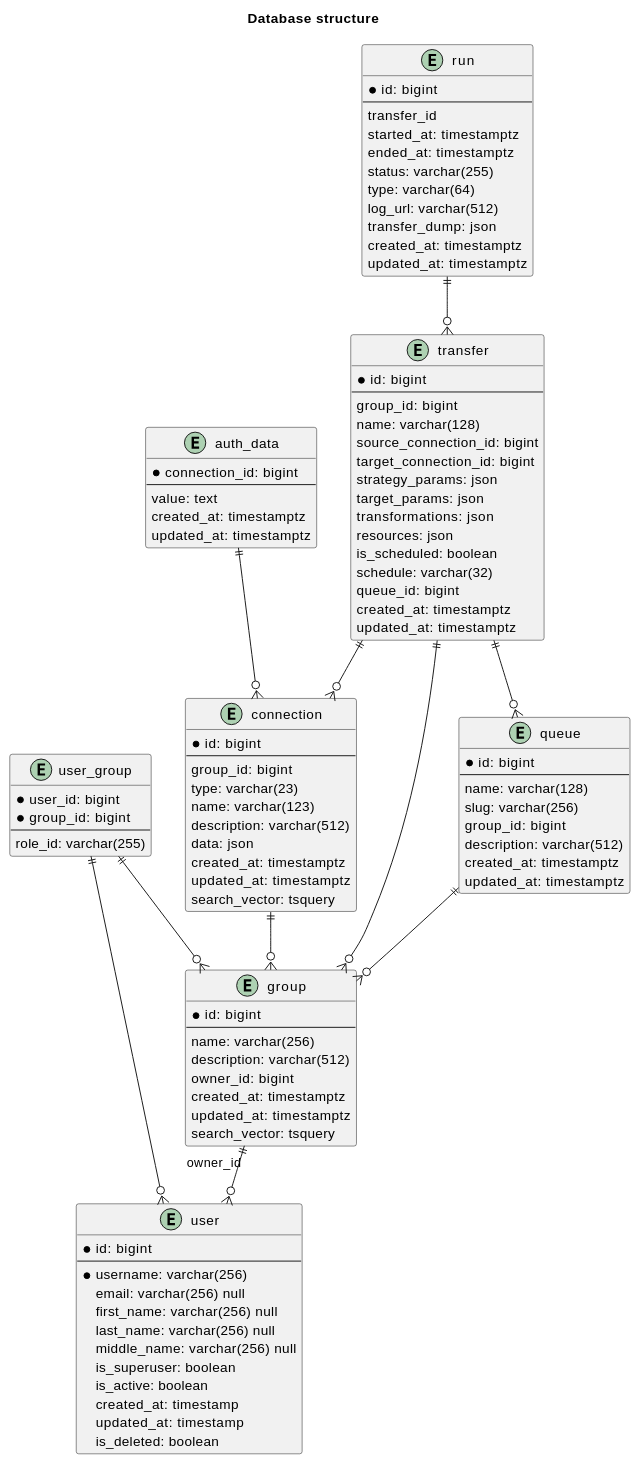
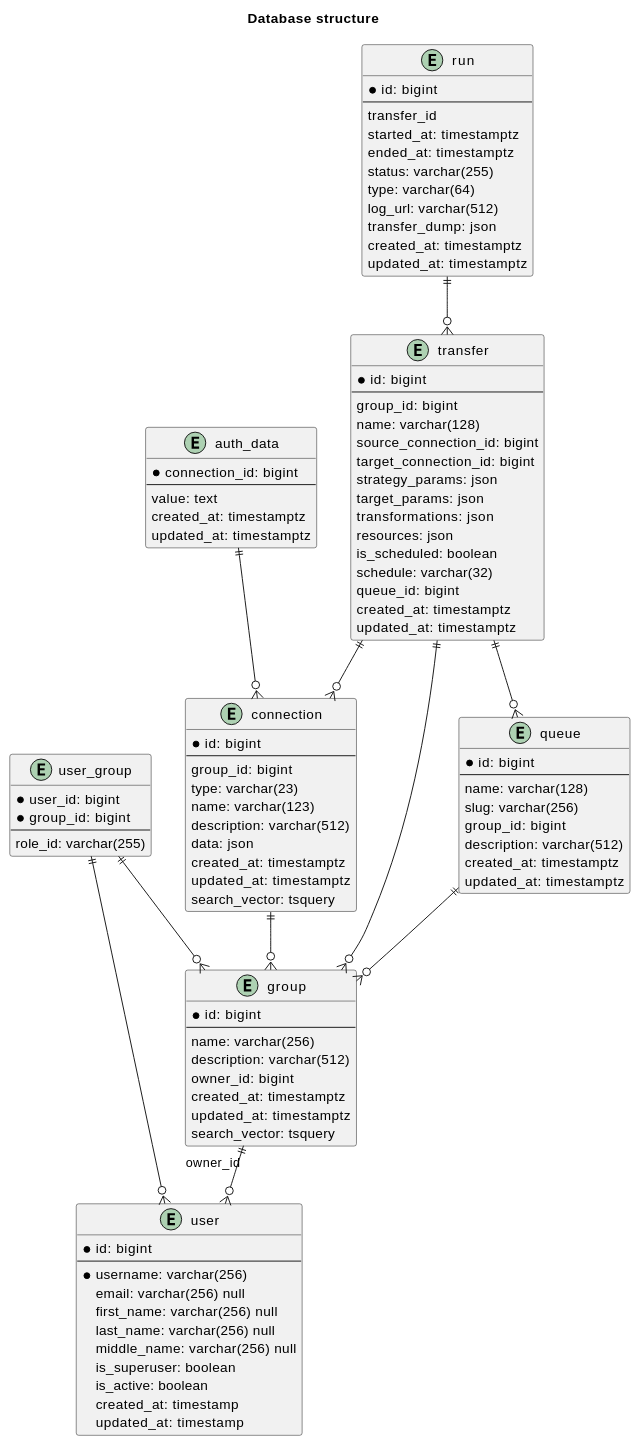
One commit to MobileTeleSystems/syncmaster changed the diagram in docs/reference/database/structure.rst. Above: the diagram before and after it, drawn with PlantUML. The commit also changed 14 other files, not shown here.

```diff
--- a/docs/reference/database/structure.rst
+++ b/docs/reference/database/structure.rst
@@ -22,7 +22,6 @@
         is_active: boolean
         created_at: timestamp
         updated_at: timestamp
-        is_deleted: boolean
     }
 
     entity group {
```
